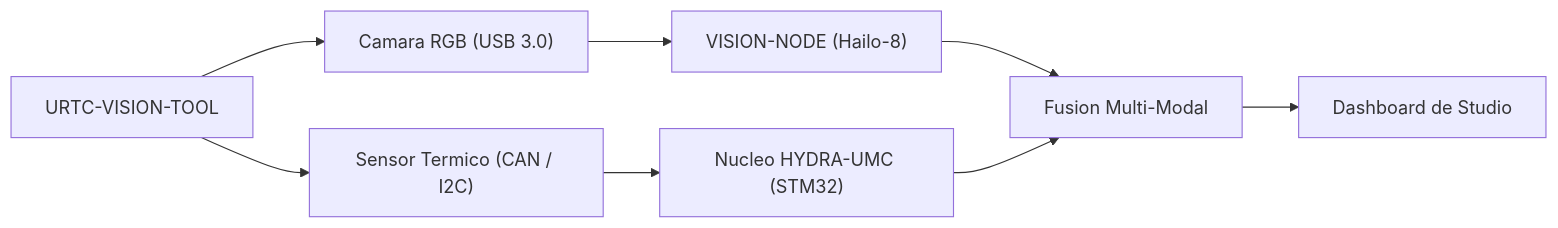
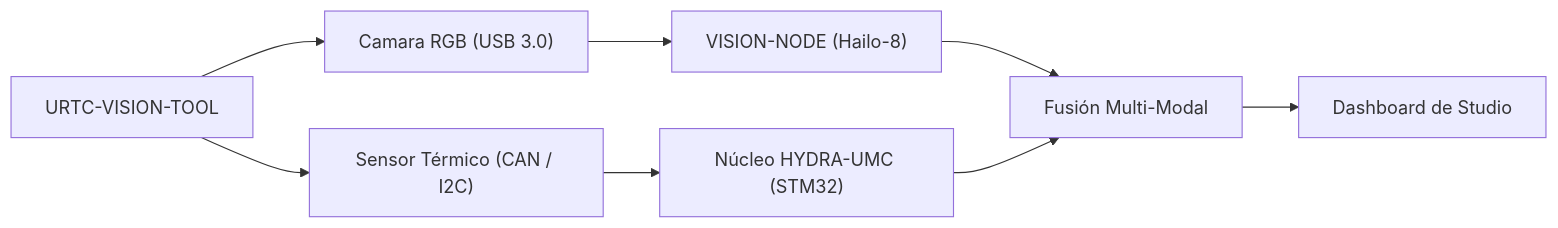
One commit to JuanenRac/URTC-VISION-TOOL changed the diagram in README_spa.md. Above: the diagram before and after it, drawn with Mermaid. The commit also changed other lines of this file, not shown here.

First line of the commit message:
docs: fix pervasive accent-stripping bug in Spanish translation (Overview, Key Features, directory tree, build sections, one Architecture bullet)

````diff
--- a/README_spa.md
+++ b/README_spa.md
@@ -41,10 +41,10 @@
 ```mermaid
 flowchart LR
     TOOL["URTC-VISION-TOOL"] --> RGB["Camara RGB (USB 3.0)"]
-    TOOL --> THRM["Sensor Termico (CAN / I2C)"]
+    TOOL --> THRM["Sensor Térmico (CAN / I2C)"]
     RGB --> VISION["VISION-NODE (Hailo-8)"]
-    THRM --> CORE["Nucleo HYDRA-UMC (STM32)"]
-    VISION --> SYNC["Fusion Multi-Modal"]
+    THRM --> CORE["Núcleo HYDRA-UMC (STM32)"]
+    VISION --> SYNC["Fusión Multi-Modal"]
     CORE --> SYNC
     SYNC --> DASH["Dashboard de Studio"]
 ```
````
